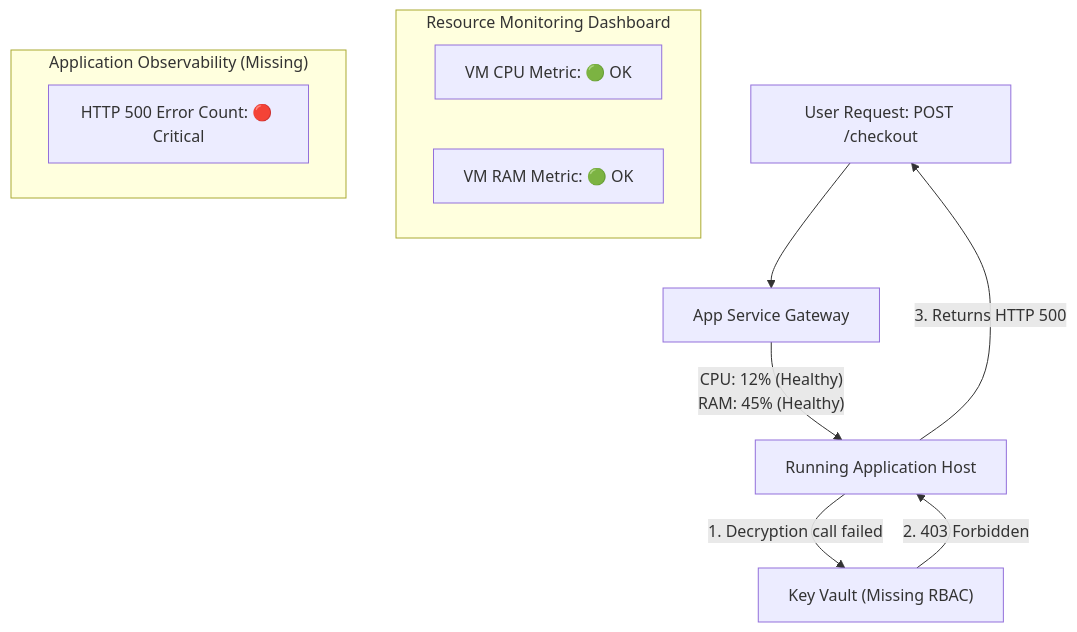
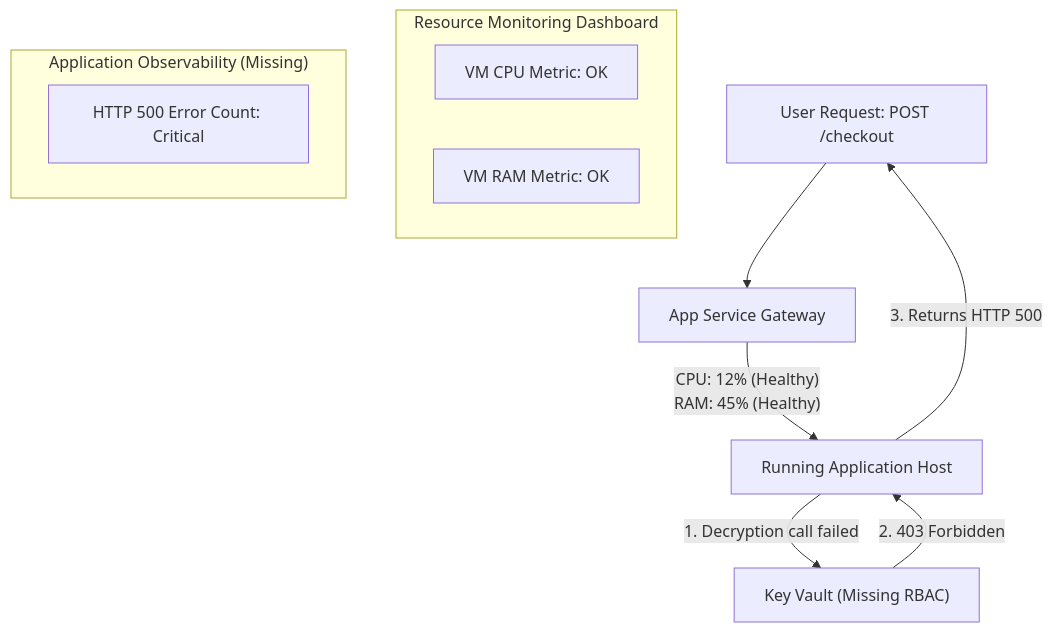
One commit to senlinyy/dev-roadmaps changed the second of 2 diagrams in cloud-providers/azure/observability/what-is-observability.md. Above: the diagram before and after it, drawn with Mermaid. The commit also changed other lines of this file and 343 other files, not shown here.

````diff
--- a/cloud-providers/azure/observability/what-is-observability.md
+++ b/cloud-providers/azure/observability/what-is-observability.md
@@ -76,18 +92,18 @@
 ```mermaid
 flowchart TD
     Request["User Request: POST /checkout"] --> Gateway["App Service Gateway"]
     Gateway -->|"CPU: 12% (Healthy)<br/>RAM: 45% (Healthy)"| AppInstance["Running Application Host"]
 
     subgraph ResourceMetrics["Resource Monitoring Dashboard"]
-        VMCPU["VM CPU Metric: 🟢 OK"]
-        VMRAM["VM RAM Metric: 🟢 OK"]
+        VMCPU["VM CPU Metric: OK"]
+        VMRAM["VM RAM Metric: OK"]
     end
 
     AppInstance -->|"1. Decryption call failed"| KeyVault["Key Vault (Missing RBAC)"]
     KeyVault -->|"2. 403 Forbidden"| AppInstance
     AppInstance -->|"3. Returns HTTP 500"| Request
 
     subgraph LogicalMetrics["Application Observability (Missing)"]
-        HTTPError["HTTP 500 Error Count: 🔴 Critical"]
+        HTTPError["HTTP 500 Error Count: Critical"]
     end
 ```
````
